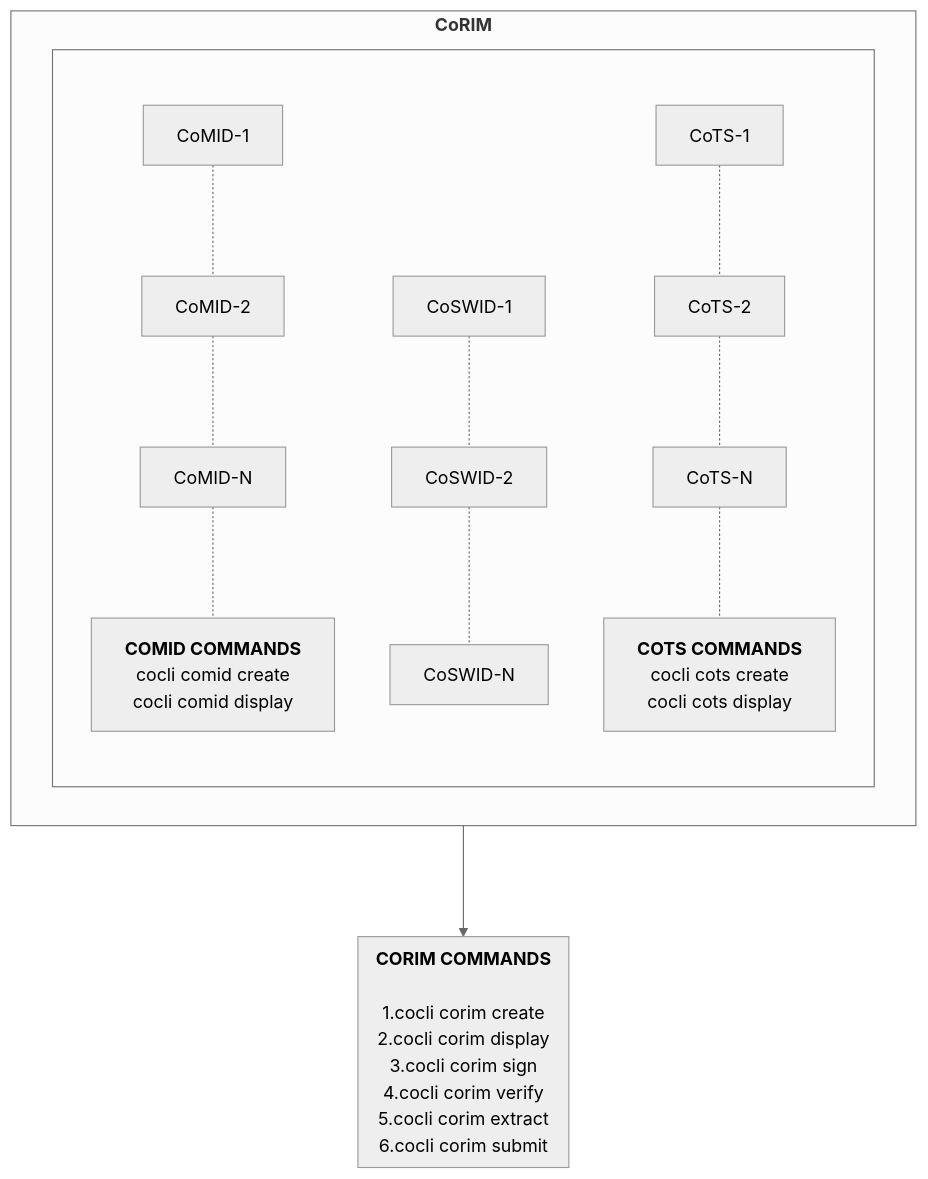
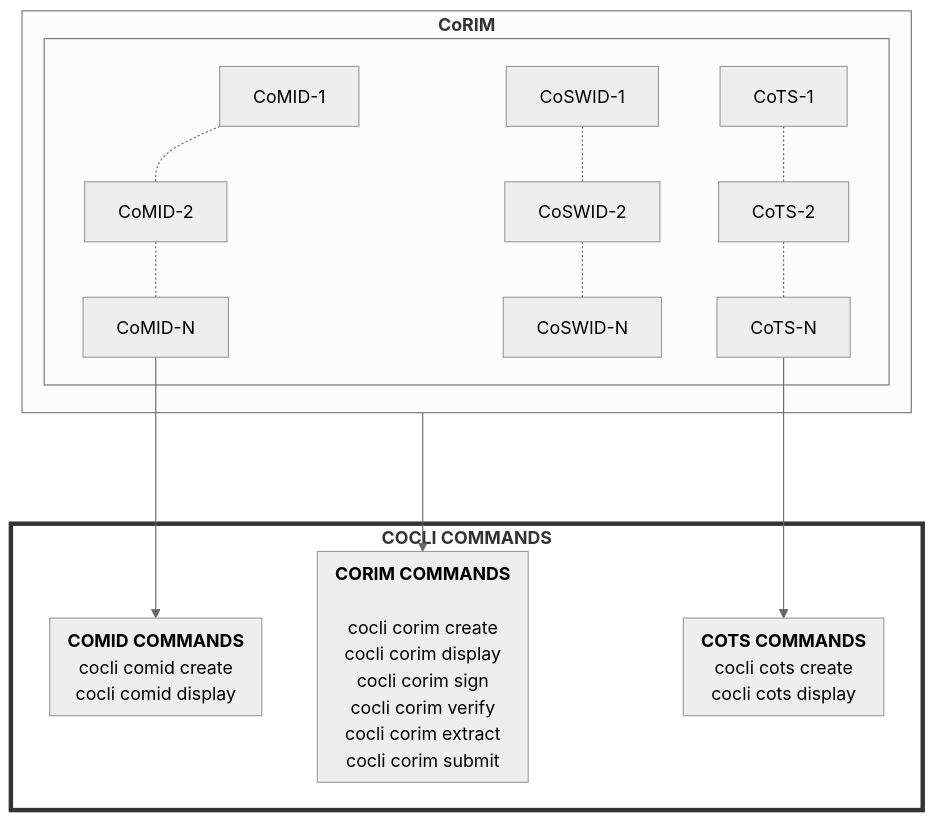
Before and after one commit to veraison/corim: the first of 2 diagrams in cocli/README.md, drawn with Mermaid (neutral theme).

Commit message:
Tidy up the top level picture!

````diff
--- a/cocli/README.md
+++ b/cocli/README.md
@@ -25,41 +25,43 @@
 ``` mermaid
 flowchart TD
+    subgraph COCLI["<b>COCLI COMMANDS</b>"]
+    style COCLI fill:#ffffff, stroke:#333,stroke-width:4px
+    subgraph CORIMCMD["<b>CORIM COMMANDS</b> \n
+        cocli corim create \n cocli corim display \n cocli corim sign \n cocli corim verify\n cocli corim extract\n cocli corim submit"]
+    end
+    subgraph COTSCMD["<b>COTS COMMANDS</b> \n cocli cots create \n cocli cots display"]
+    end
+    subgraph COMIDCMD["<b>COMID COMMANDS</b> \n cocli comid create \n cocli comid display"]
+    end
+    end
+    CORIM ---> CORIMCMD
     subgraph CORIM["<b>CoRIM</b>"]
       subgraph CoMID["\n"]
         CM1["CoMID-1"]
         CM2["CoMID-2"]
 
         CM3["CoMID-N"]
-        CM4["<b>COMID COMMANDS</b> \n cocli comid create \n cocli comid display"]
         CM1  -.- CM2
         CM2  -.- CM3
-        CM3  -.- CM4
+        CM3  ---> COMIDCMD
     end
     subgraph CoMID["Blank1"]
         CSW1["CoSWID-1"]
         CSW2["CoSWID-2"]
         CSW3["CoSWID-N"]
-
         CSW1  -.- CSW2
         CSW2  -.- CSW3
    
     end
 
     subgraph CoMID["Blank3"]
+        CS3["CoTS-N"]
+        CS2["CoTS-2"]
         CS1["CoTS-1"]
-        CS2["CoTS-2"]
-       
-        CS3["CoTS-N"]
-        CS4["<b>COTS COMMANDS</b> \n cocli cots create \n cocli cots display"]
+  
         CS1  -.- CS2
-
         CS2  -.- CS3
-        CS3 -.- CS4
+        CS3 ---> COTSCMD
     end
 end
-CORIM ---> CMD
-subgraph CMD["<b>CORIM COMMANDS</b> \n
- 1.cocli corim create \n 2.cocli corim display \n 3.cocli corim sign \n4.cocli corim verify\n5.cocli corim extract\n 6.cocli corim submit"]
-end
-
 ```
````
